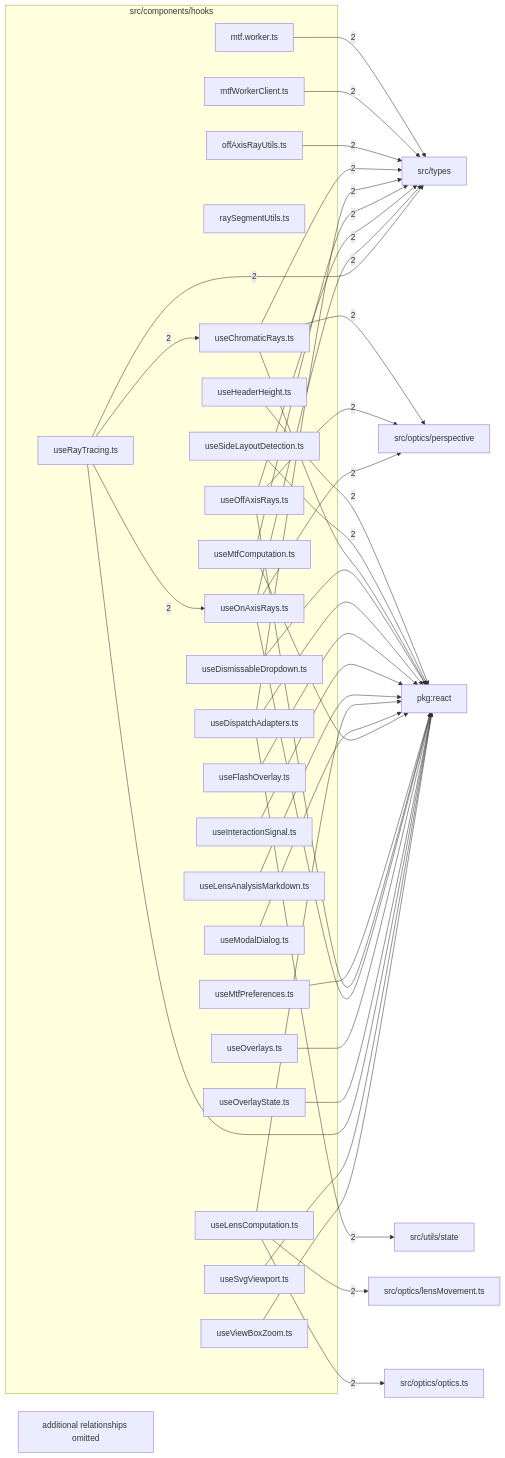
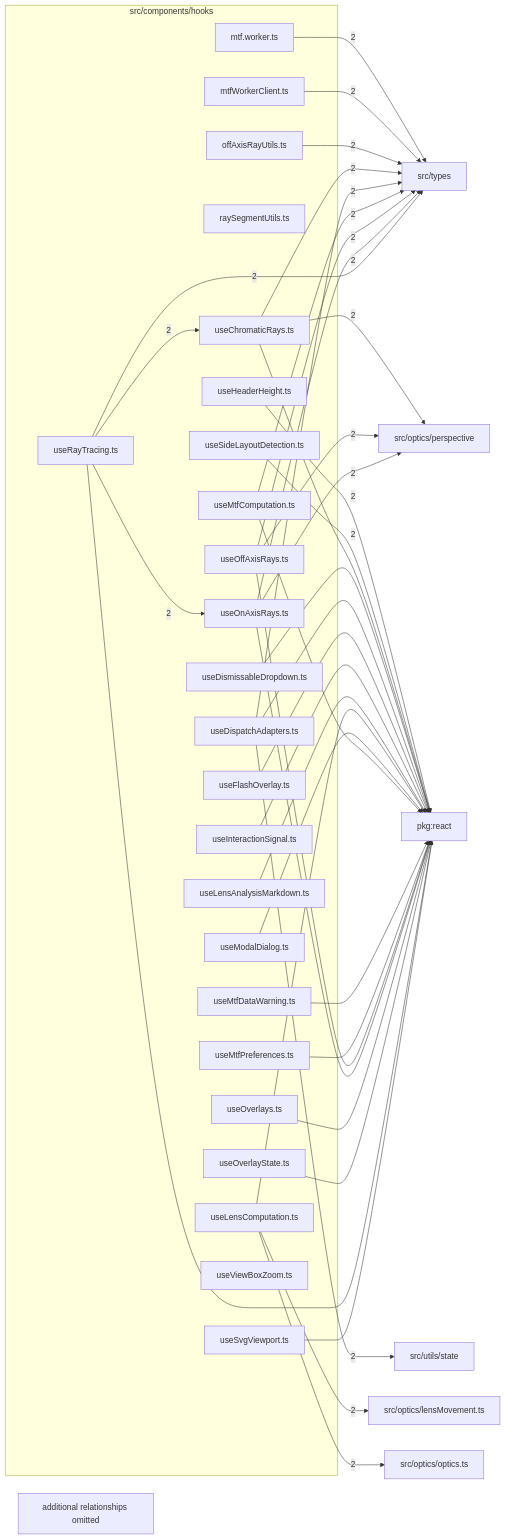
The diagram in src/components/hooks/readme.md (BeamFour/LensVisualizer), drawn with Mermaid before and after one commit. The commit also changed other lines of this file and 20 other files, not shown here.

First line of the commit message:
Warn on the MTF tab when the lens data is incomplete

````diff
--- a/src/components/hooks/readme.md
+++ b/src/components/hooks/readme.md
@@ -9,71 +9,72 @@
 ```mermaid
 flowchart LR
   subgraph n_src_components_hooks["src/components/hooks"]
     n_src_components_hooks_src_components_hooks_mtf_worker_ts["mtf.worker.ts"]
     n_src_components_hooks_src_components_hooks_mtfWorkerClient_ts["mtfWorkerClient.ts"]
     n_src_components_hooks_src_components_hooks_offAxisRayUtils_ts["offAxisRayUtils.ts"]
     n_src_components_hooks_src_components_hooks_raySegmentUtils_ts["raySegmentUtils.ts"]
     n_src_components_hooks_src_components_hooks_useChromaticRays_ts["useChromaticRays.ts"]
     n_src_components_hooks_src_components_hooks_useDismissableDropdown_ts["useDismissableDropdown.ts"]
     n_src_components_hooks_src_components_hooks_useDispatchAdapters_ts["useDispatchAdapters.ts"]
     n_src_components_hooks_src_components_hooks_useFlashOverlay_ts["useFlashOverlay.ts"]
     n_src_components_hooks_src_components_hooks_useHeaderHeight_ts["useHeaderHeight.ts"]
     n_src_components_hooks_src_components_hooks_useInteractionSignal_ts["useInteractionSignal.ts"]
     n_src_components_hooks_src_components_hooks_useLensAnalysisMarkdown_ts["useLensAnalysisMarkdown.ts"]
     n_src_components_hooks_src_components_hooks_useLensComputation_ts["useLensComputation.ts"]
     n_src_components_hooks_src_components_hooks_useModalDialog_ts["useModalDialog.ts"]
     n_src_components_hooks_src_components_hooks_useMtfComputation_ts["useMtfComputation.ts"]
+    n_src_components_hooks_src_components_hooks_useMtfDataWarning_ts["useMtfDataWarning.ts"]
     n_src_components_hooks_src_components_hooks_useMtfPreferences_ts["useMtfPreferences.ts"]
     n_src_components_hooks_src_components_hooks_useOffAxisRays_ts["useOffAxisRays.ts"]
     n_src_components_hooks_src_components_hooks_useOnAxisRays_ts["useOnAxisRays.ts"]
     n_src_components_hooks_src_components_hooks_useOverlays_ts["useOverlays.ts"]
     n_src_components_hooks_src_components_hooks_useOverlayState_ts["useOverlayState.ts"]
     n_src_components_hooks_src_components_hooks_useRayTracing_ts["useRayTracing.ts"]
     n_src_components_hooks_src_components_hooks_useSideLayoutDetection_ts["useSideLayoutDetection.ts"]
     n_src_components_hooks_src_components_hooks_useSvgViewport_ts["useSvgViewport.ts"]
     n_src_components_hooks_src_components_hooks_useViewBoxZoom_ts["useViewBoxZoom.ts"]
   end
   n_external_pkg_react["pkg:react"]
   n_external_src_optics_lensMovement_ts["src/optics/lensMovement.ts"]
   n_external_src_optics_optics_ts["src/optics/optics.ts"]
   n_external_src_optics_perspective["src/optics/perspective"]
   n_external_src_types["src/types"]
   n_external_src_utils_state["src/utils/state"]
   n_src_components_hooks_src_components_hooks_useHeaderHeight_ts --> |2| n_external_pkg_react
   n_src_components_hooks_src_components_hooks_useSideLayoutDetection_ts --> |2| n_external_pkg_react
   n_src_components_hooks_src_components_hooks_useLensComputation_ts --> |2| n_external_src_optics_lensMovement_ts
   n_src_components_hooks_src_components_hooks_useLensComputation_ts --> |2| n_external_src_optics_optics_ts
   n_src_components_hooks_src_components_hooks_useChromaticRays_ts --> |2| n_external_src_optics_perspective
   n_src_components_hooks_src_components_hooks_useOffAxisRays_ts --> |2| n_external_src_optics_perspective
   n_src_components_hooks_src_components_hooks_useOnAxisRays_ts --> |2| n_external_src_optics_perspective
   n_src_components_hooks_src_components_hooks_mtf_worker_ts --> |2| n_external_src_types
   n_src_components_hooks_src_components_hooks_mtfWorkerClient_ts --> |2| n_external_src_types
   n_src_components_hooks_src_components_hooks_offAxisRayUtils_ts --> |2| n_external_src_types
   n_src_components_hooks_src_components_hooks_useChromaticRays_ts --> |2| n_external_src_types
   n_src_components_hooks_src_components_hooks_useDispatchAdapters_ts --> |2| n_external_src_types
   n_src_components_hooks_src_components_hooks_useMtfComputation_ts --> |2| n_external_src_types
   n_src_components_hooks_src_components_hooks_useOffAxisRays_ts --> |2| n_external_src_types
   n_src_components_hooks_src_components_hooks_useOnAxisRays_ts --> |2| n_external_src_types
   n_src_components_hooks_src_components_hooks_useRayTracing_ts --> |2| n_external_src_types
   n_src_components_hooks_src_components_hooks_useDispatchAdapters_ts --> |2| n_external_src_utils_state
   n_src_components_hooks_src_components_hooks_useRayTracing_ts --> |2| n_src_components_hooks_src_components_hooks_useChromaticRays_ts
   n_src_components_hooks_src_components_hooks_useRayTracing_ts --> |2| n_src_components_hooks_src_components_hooks_useOnAxisRays_ts
   n_src_components_hooks_src_components_hooks_useChromaticRays_ts --> n_external_pkg_react
   n_src_components_hooks_src_components_hooks_useDismissableDropdown_ts --> n_external_pkg_react
   n_src_components_hooks_src_components_hooks_useDispatchAdapters_ts --> n_external_pkg_react
   n_src_components_hooks_src_components_hooks_useFlashOverlay_ts --> n_external_pkg_react
   n_src_components_hooks_src_components_hooks_useInteractionSignal_ts --> n_external_pkg_react
   n_src_components_hooks_src_components_hooks_useLensAnalysisMarkdown_ts --> n_external_pkg_react
   n_src_components_hooks_src_components_hooks_useLensComputation_ts --> n_external_pkg_react
   n_src_components_hooks_src_components_hooks_useModalDialog_ts --> n_external_pkg_react
   n_src_components_hooks_src_components_hooks_useMtfComputation_ts --> n_external_pkg_react
+  n_src_components_hooks_src_components_hooks_useMtfDataWarning_ts --> n_external_pkg_react
   n_src_components_hooks_src_components_hooks_useMtfPreferences_ts --> n_external_pkg_react
   n_src_components_hooks_src_components_hooks_useOffAxisRays_ts --> n_external_pkg_react
   n_src_components_hooks_src_components_hooks_useOnAxisRays_ts --> n_external_pkg_react
   n_src_components_hooks_src_components_hooks_useOverlays_ts --> n_external_pkg_react
   n_src_components_hooks_src_components_hooks_useOverlayState_ts --> n_external_pkg_react
   n_src_components_hooks_src_components_hooks_useRayTracing_ts --> n_external_pkg_react
   n_src_components_hooks_src_components_hooks_useSvgViewport_ts --> n_external_pkg_react
-  n_src_components_hooks_src_components_hooks_useViewBoxZoom_ts --> n_external_pkg_react
   n_src_components_hooks_truncated["additional relationships omitted"]
 ```
````
